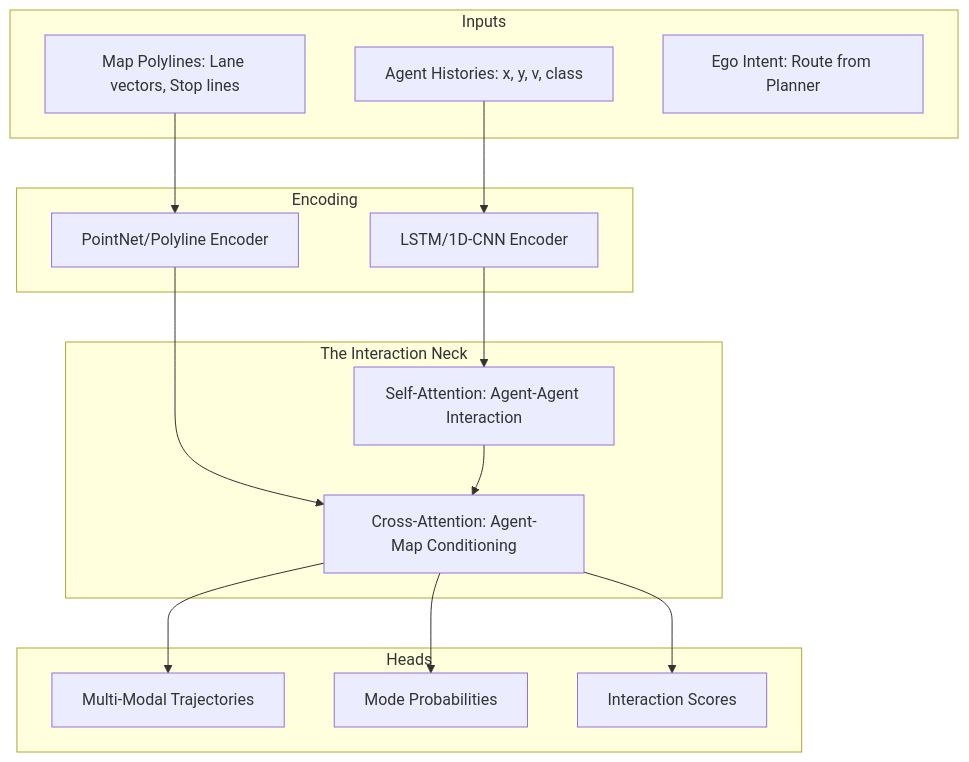
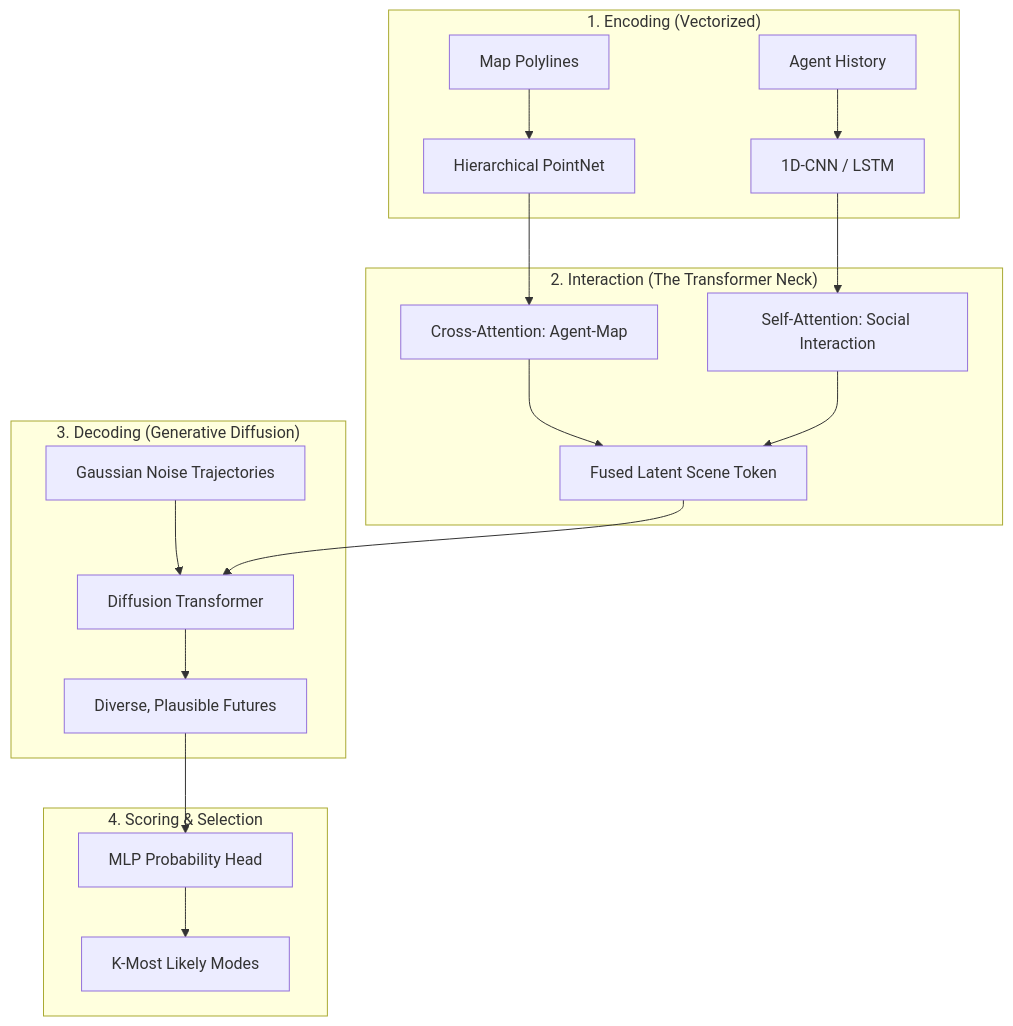
The diagram in src/data/blog/robotics/autonomous-stack-module-7-prediction.md (gopikrishtummala/gopikrishtummala.github.io), drawn with Mermaid before and after one commit. The commit also changed other lines of this file and 241 other files, not shown here.

````diff
--- a/src/data/blog/robotics/autonomous-stack-module-7-prediction.md
+++ b/src/data/blog/robotics/autonomous-stack-module-7-prediction.md
@@ -137,35 +88,25 @@
 ```mermaid
 graph TD
-    subgraph Inputs
-        Agents[Agent Histories: x, y, v, class]
-        Map[Map Polylines: Lane vectors, Stop lines]
-        Ego[Ego Intent: Route from Planner]
+    subgraph "1. Encoding (Vectorized)"
+        Map[Map Polylines] --> M_Enc[Hierarchical PointNet]
+        Agents[Agent History] --> A_Enc[1D-CNN / LSTM]
     end
 
-    subgraph "Encoding"
-        A_Enc[LSTM/1D-CNN Encoder]
-        M_Enc[PointNet/Polyline Encoder]
+    subgraph "2. Interaction (The Transformer Neck)"
+        M_Enc --> X_Attn[Cross-Attention: Agent-Map]
+        A_Enc --> S_Attn[Self-Attention: Social Interaction]
+        X_Attn --> Joint[Fused Latent Scene Token]
+        S_Attn --> Joint
     end
 
-    subgraph "The Interaction Neck"
-        S_Attn[Self-Attention: Agent-Agent Interaction]
-        X_Attn[Cross-Attention: Agent-Map Conditioning]
+    subgraph "3. Decoding (Generative Diffusion)"
+        Noise[Gaussian Noise Trajectories] --> DiT[Diffusion Transformer]
+        Joint --> DiT
+        DiT --> Futures[Diverse, Plausible Futures]
     end
 
-    subgraph "Heads"
-        Modes[Multi-Modal Trajectories]
-        Probs[Mode Probabilities]
-        Int[Interaction Scores]
+    subgraph "4. Scoring & Selection"
+        Futures --> Scorer[MLP Probability Head]
+        Scorer --> Final[K-Most Likely Modes]
     end
-
-    Agents --> A_Enc
-    Map --> M_Enc
-
-    A_Enc --> S_Attn
-    M_Enc --> X_Attn
-
-    S_Attn --> X_Attn
-    X_Attn --> Modes
-    X_Attn --> Probs
-    X_Attn --> Int
 ```
````
